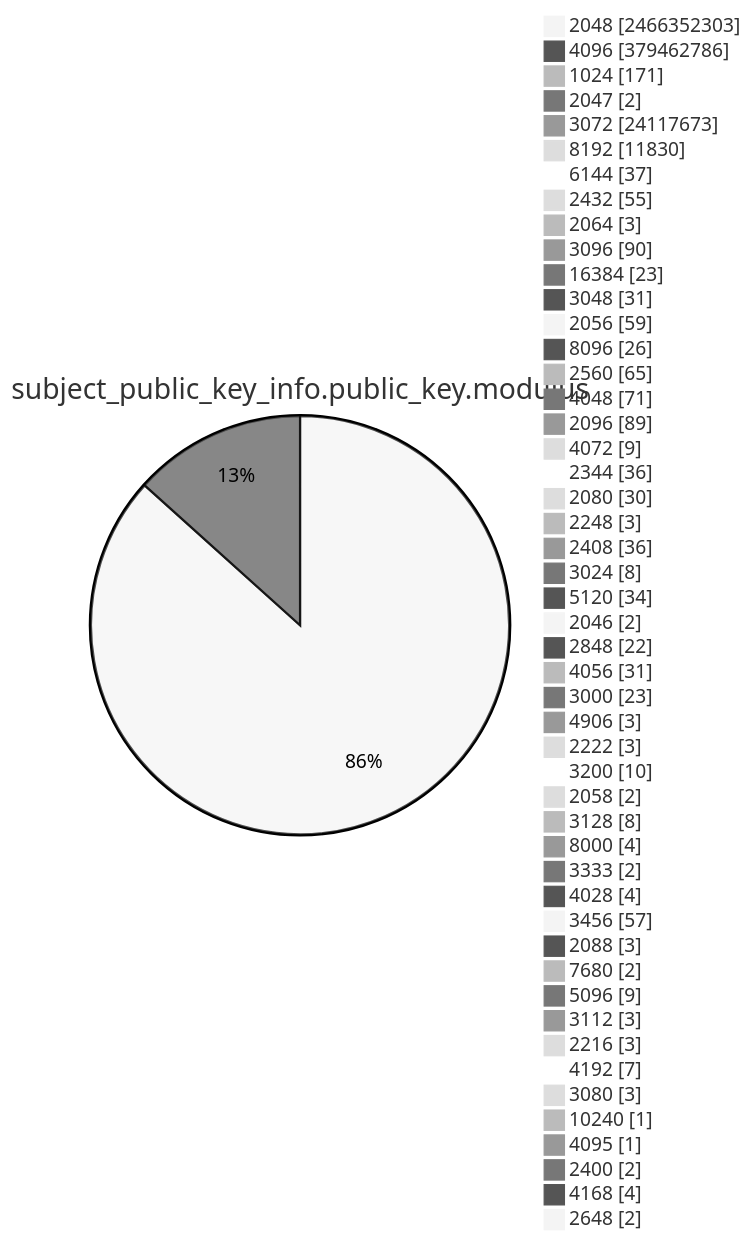
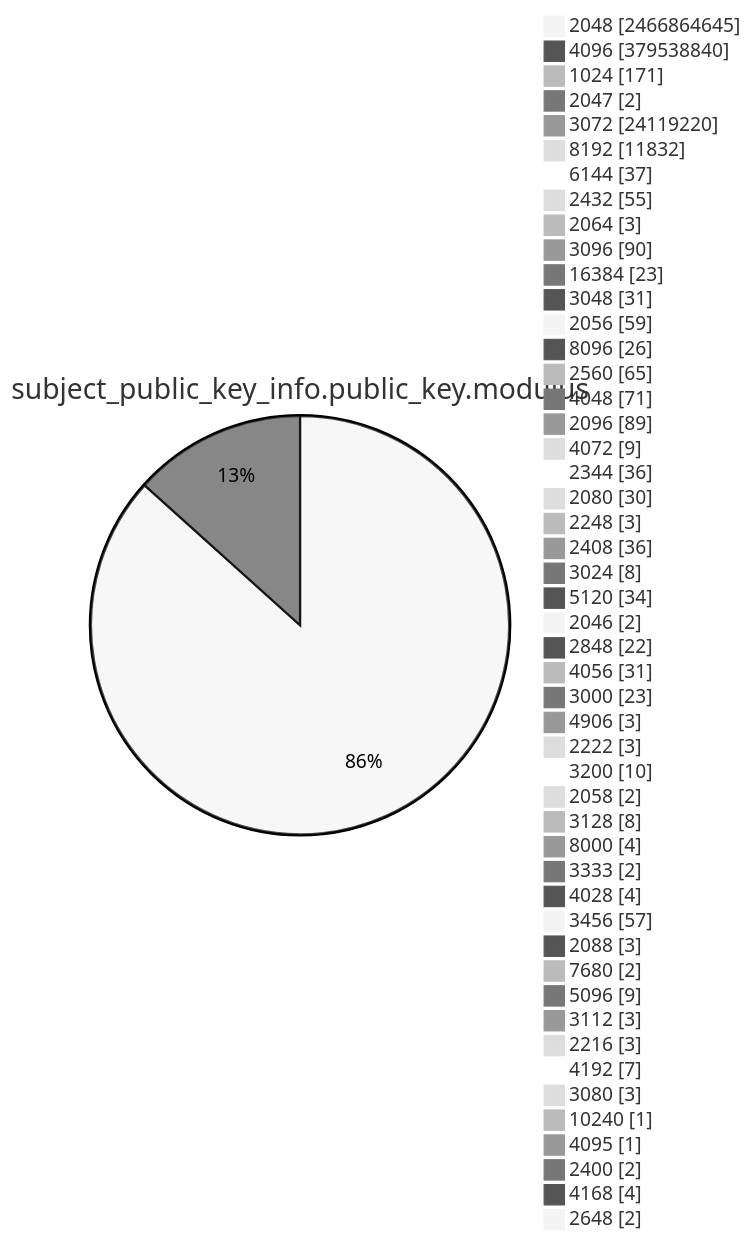
Before and after one commit to christiankrug/ctmonitor_visualization: diagram 13 of 15 in TOTAL/README.md, drawn with Mermaid (neutral theme). The commit also changed other lines of this file, not shown here.

````diff
--- a/TOTAL/README.md
+++ b/TOTAL/README.md
@@ -4168,53 +4168,53 @@
 ```mermaid
 pie showData
 title subject_public_key_info.public_key.modulus
-"2048" :2466352303
-"4096" :379462786
+"2048" :2466864645
+"4096" :379538840
 "1024" :171
 "2047" :2
-"3072" :24117673
-"8192" :11830
+"3072" :24119220
+"8192" :11832
 "6144" :37
 "2432" :55
 "2064" :3
 "3096" :90
 "16384" :23
 "3048" :31
 "2056" :59
 "8096" :26
 "2560" :65
 "4048" :71
 "2096" :89
 "4072" :9
 "2344" :36
 "2080" :30
 "2248" :3
 "2408" :36
 "3024" :8
 "5120" :34
 "2046" :2
 "2848" :22
 "4056" :31
 "3000" :23
 "4906" :3
 "2222" :3
 "3200" :10
 "2058" :2
 "3128" :8
 "8000" :4
 "3333" :2
 "4028" :4
 "3456" :57
 "2088" :3
 "7680" :2
 "5096" :9
 "3112" :3
 "2216" :3
 "4192" :7
 "3080" :3
 "10240" :1
 "4095" :1
 "2400" :2
 "4168" :4
 "2648" :2
 ```
````
